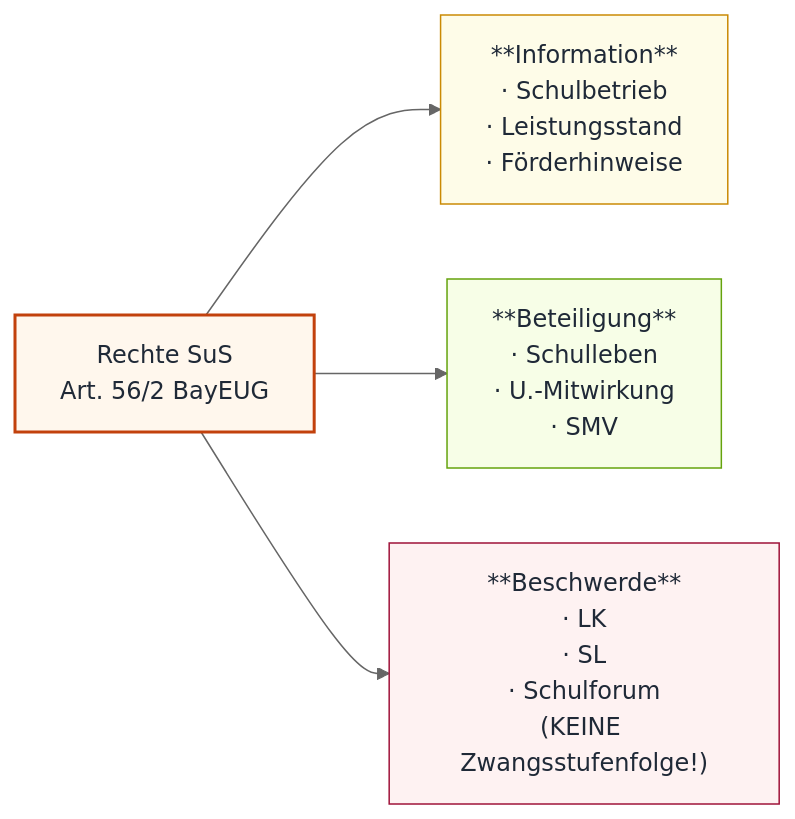
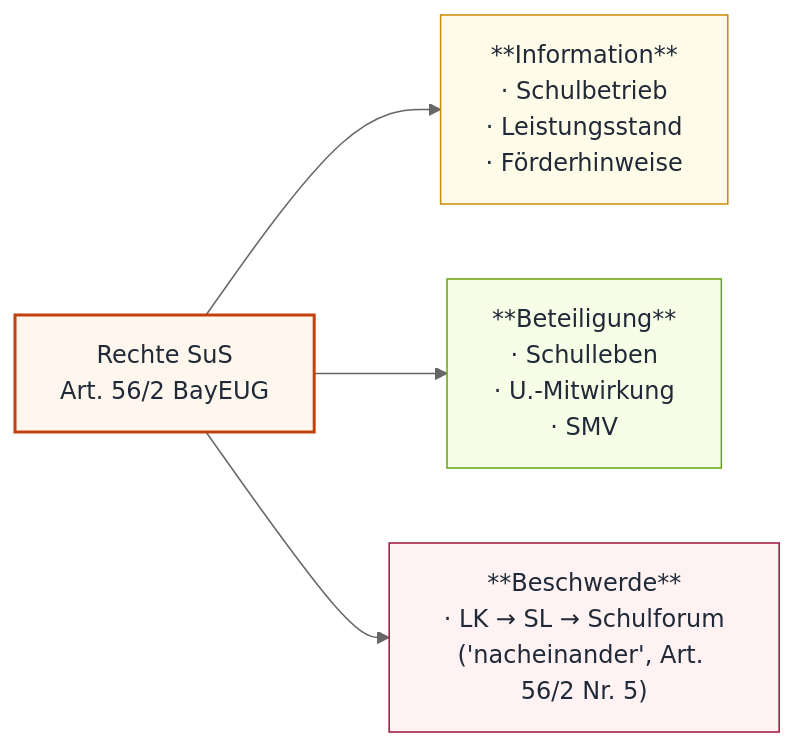
One commit to snflsknfkldnfs/weitergehts-online changed the second of 3 diagrams in _mkdocs/docs/mp05/index.md. Above: the diagram before and after it, drawn with Mermaid (neutral theme). The commit also changed other lines of this file and 29 other files, not shown here.

````diff
--- a/_mkdocs/docs/mp05/index.md
+++ b/_mkdocs/docs/mp05/index.md
@@ -51,16 +50,16 @@
 ```mermaid
 flowchart LR
     R["Rechte SuS<br/>Art. 56/2 BayEUG"]:::root
     INFO["**Information**<br/>· Schulbetrieb<br/>· Leistungsstand<br/>· Förderhinweise"]:::info
     BET["**Beteiligung**<br/>· Schulleben<br/>· U.-Mitwirkung<br/>· SMV"]:::bet
-    BES["**Beschwerde**<br/>· LK<br/>· SL<br/>· Schulforum<br/>(KEINE Zwangsstufenfolge!)"]:::bes
+    BES["**Beschwerde**<br/>· LK → SL → Schulforum<br/>('nacheinander', Art. 56/2 Nr. 5)"]:::bes
 
     R --> INFO
     R --> BET
     R --> BES
 
     classDef root fill:#fff7ed,stroke:#c2410c,stroke-width:2px,color:#1f2937
     classDef info fill:#fefce8,stroke:#ca8a04,color:#1f2937
     classDef bet fill:#f7fee7,stroke:#65a30d,color:#1f2937
     classDef bes fill:#fef2f2,stroke:#9f1239,color:#1f2937
 ```
````
